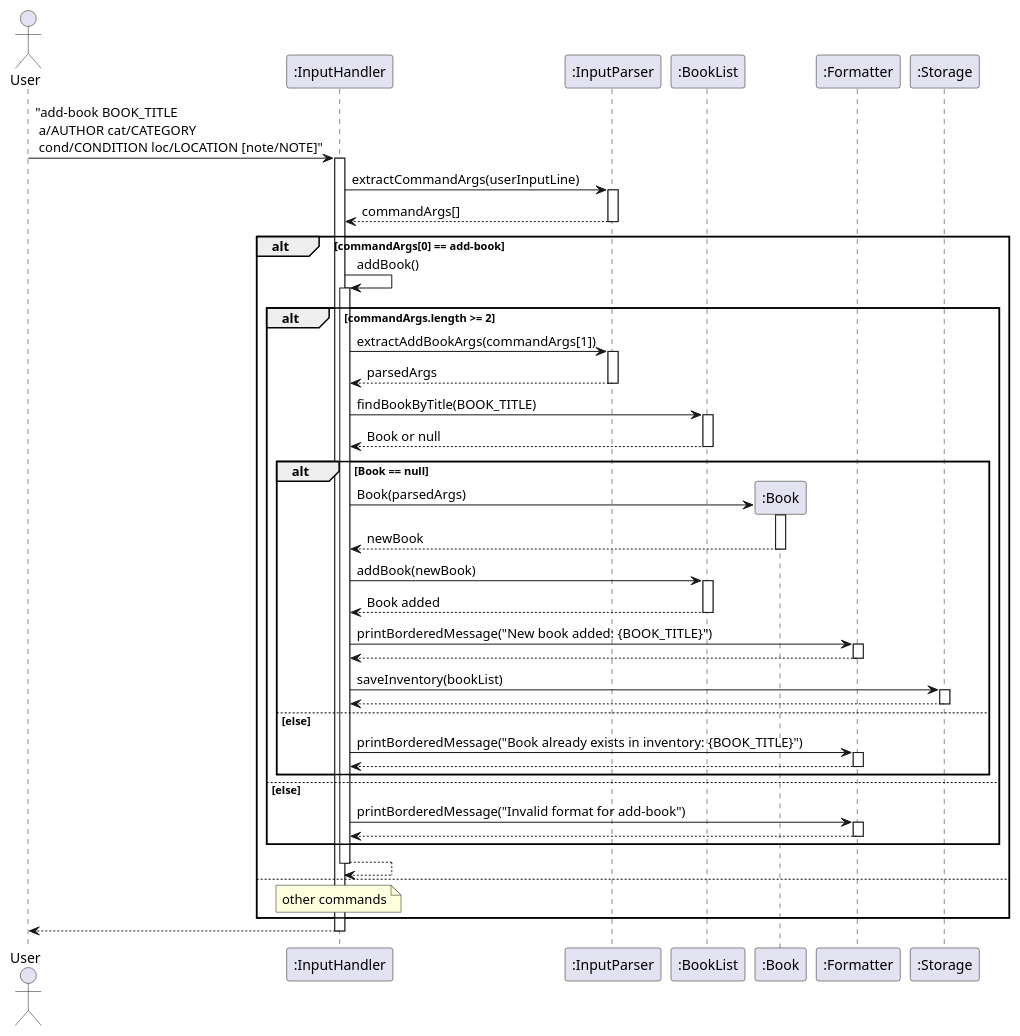
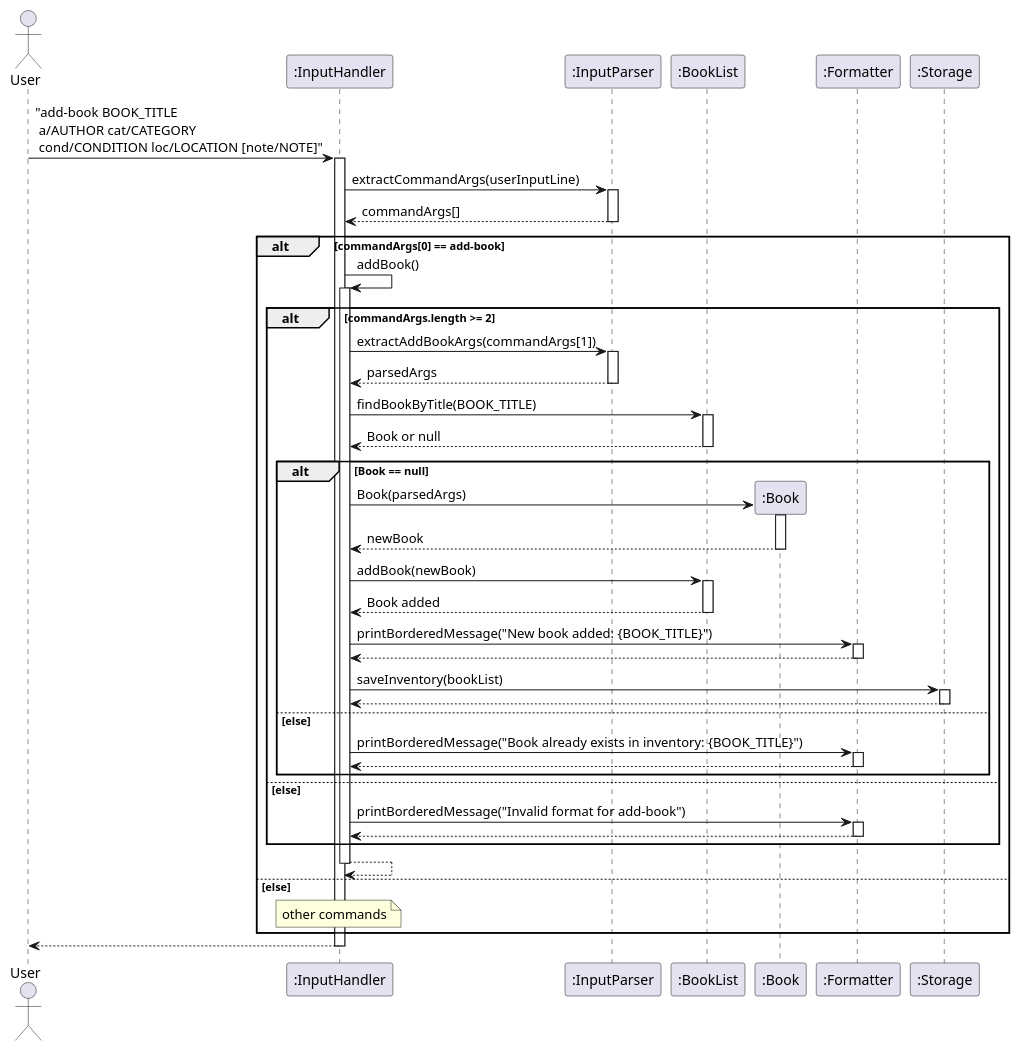
Before and after one commit to AY2425S2-CS2113-T12-2/tp: the diagram in docs/diagrams/addBook.puml, drawn with PlantUML. The commit also changed 1 other file, not shown here.

Commit message:
Update else block in PlantUML

```diff
--- a/docs/diagrams/addBook.puml
+++ b/docs/diagrams/addBook.puml
@@ -1,86 +1,86 @@
 @startuml
 actor User
 participant InputHandler as ":InputHandler"
 participant InputParser as ":InputParser"
 participant BookList as ":BookList"
 participant Book as ":Book"
 participant Formatter as ":Formatter"
 participant Storage as ":Storage"
 
 User -> InputHandler: "add-book BOOK_TITLE \n a/AUTHOR cat/CATEGORY \n cond/CONDITION loc/LOCATION [note/NOTE]"
 activate InputHandler
 
 InputHandler -> InputParser: extractCommandArgs(userInputLine)
 activate InputParser
 
 InputParser --> InputHandler: commandArgs[]
 deactivate InputParser
 
 alt commandArgs[0] == add-book
     InputHandler -> InputHandler : addBook()
     activate InputHandler
 
 alt commandArgs.length >= 2
     InputHandler -> InputParser: extractAddBookArgs(commandArgs[1])
     activate InputParser
 
     InputParser --> InputHandler: parsedArgs
     deactivate InputParser
 
     InputHandler -> BookList: findBookByTitle(BOOK_TITLE)
     activate BookList
 
     BookList --> InputHandler: Book or null
     deactivate BookList
 
     alt Book == null
         InputHandler -> Book ** : Book(parsedArgs)
         activate Book 
 
         Book --> InputHandler : newBook
         deactivate Book
 
         InputHandler -> BookList: addBook(newBook)
         activate BookList
 
 
         BookList --> InputHandler: Book added
         deactivate BookList
 
         InputHandler -> Formatter: printBorderedMessage("New book added: {BOOK_TITLE}")
         activate Formatter
 
         Formatter --> InputHandler
         deactivate Formatter
 
         InputHandler -> Storage: saveInventory(bookList)
         activate Storage
 
         Storage --> InputHandler
         deactivate Storage
 
 
     else else
         InputHandler -> Formatter: printBorderedMessage("Book already exists in inventory: {BOOK_TITLE}")
         activate Formatter
         Formatter --> InputHandler
         deactivate Formatter
     end
 
     else else
         InputHandler -> Formatter: printBorderedMessage("Invalid format for add-book")
         activate Formatter
         Formatter --> InputHandler
         deactivate Formatter
     end
 
 InputHandler --> InputHandler
 deactivate InputHandler
 
-else
+else else
     note over InputHandler : other commands
 end
 
 InputHandler --> User
 deactivate InputHandler
 @enduml
```
